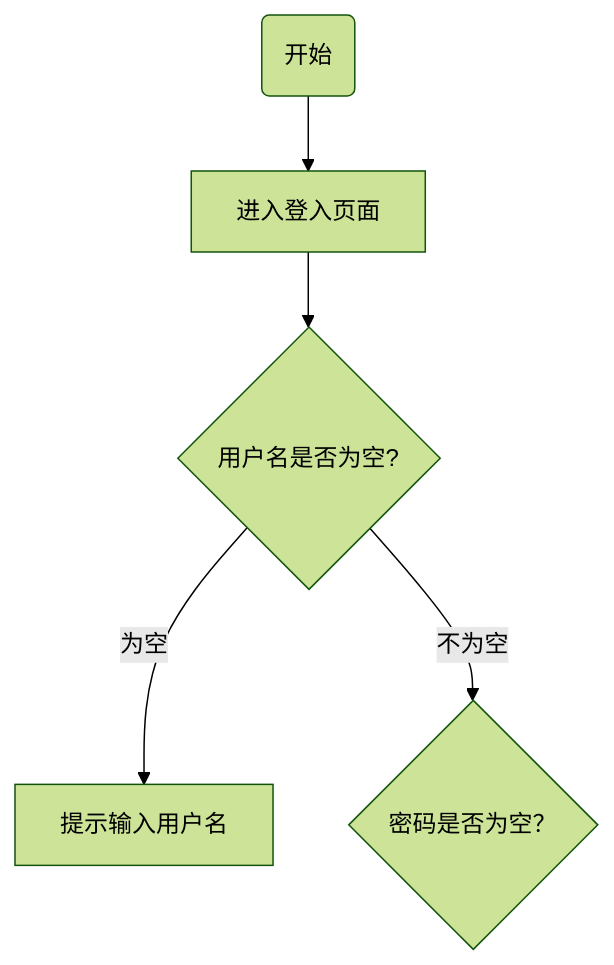
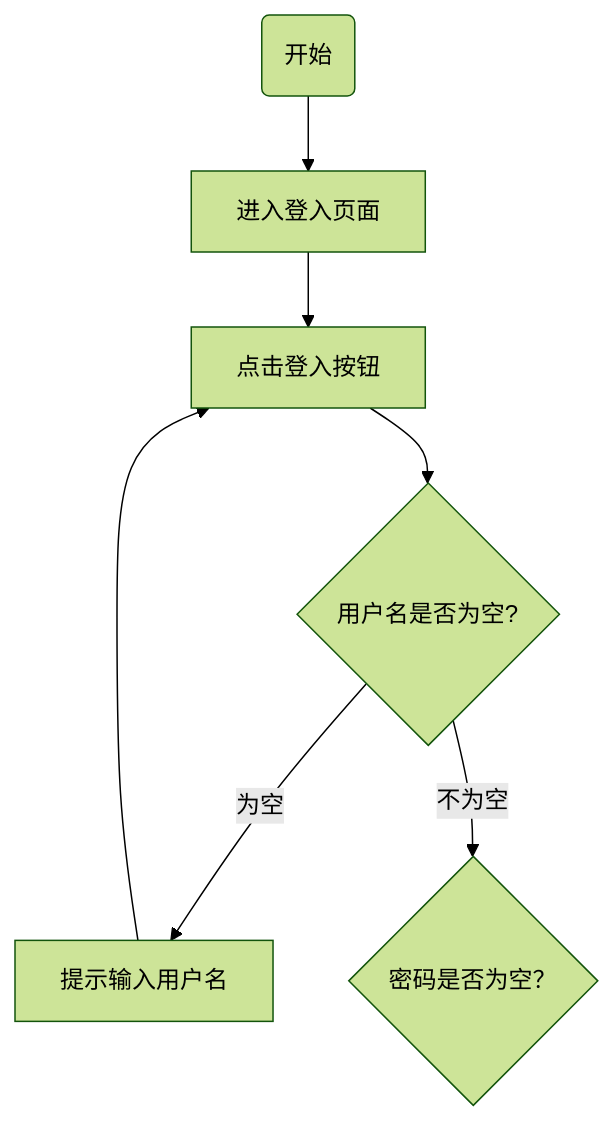
Before and after one commit to rockyzhao5421/notes: the tenth of 11 diagrams in mermaid.md, drawn with Mermaid (forest theme).

````diff
--- a/mermaid.md
+++ b/mermaid.md
@@ -189,7 +189,7 @@
 ```mermaid
 graph 
-    Start(开始) --> Loginpage[进入登入页面]
-    Loginpage --> Checkname{"用户名是否为空?"}
-    Checkname --为空-->showDialog[提示输入用户名]
+    Start(开始) --> Loginpage[进入登入页面]-->login[点击登入按钮]
+    login --> Checkname{"用户名是否为空?"}
+    Checkname --为空-->showDialog[提示输入用户名]-->login
     Checkname --不为空-->Checkpsw{"密码是否为空？"}
 ```
````
